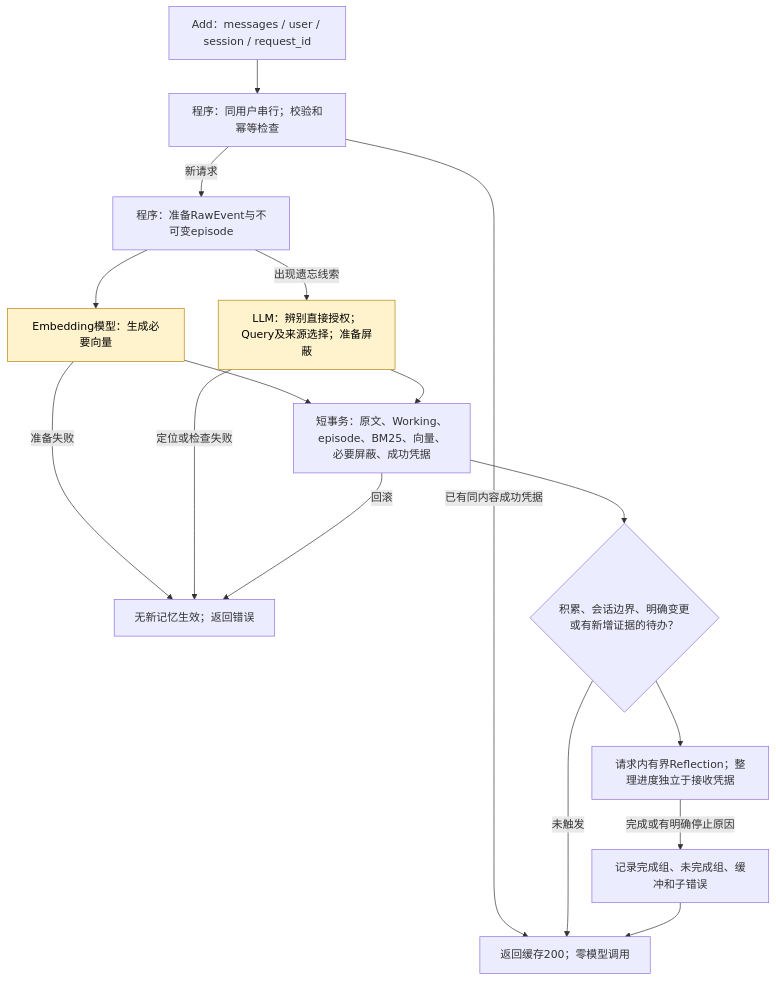
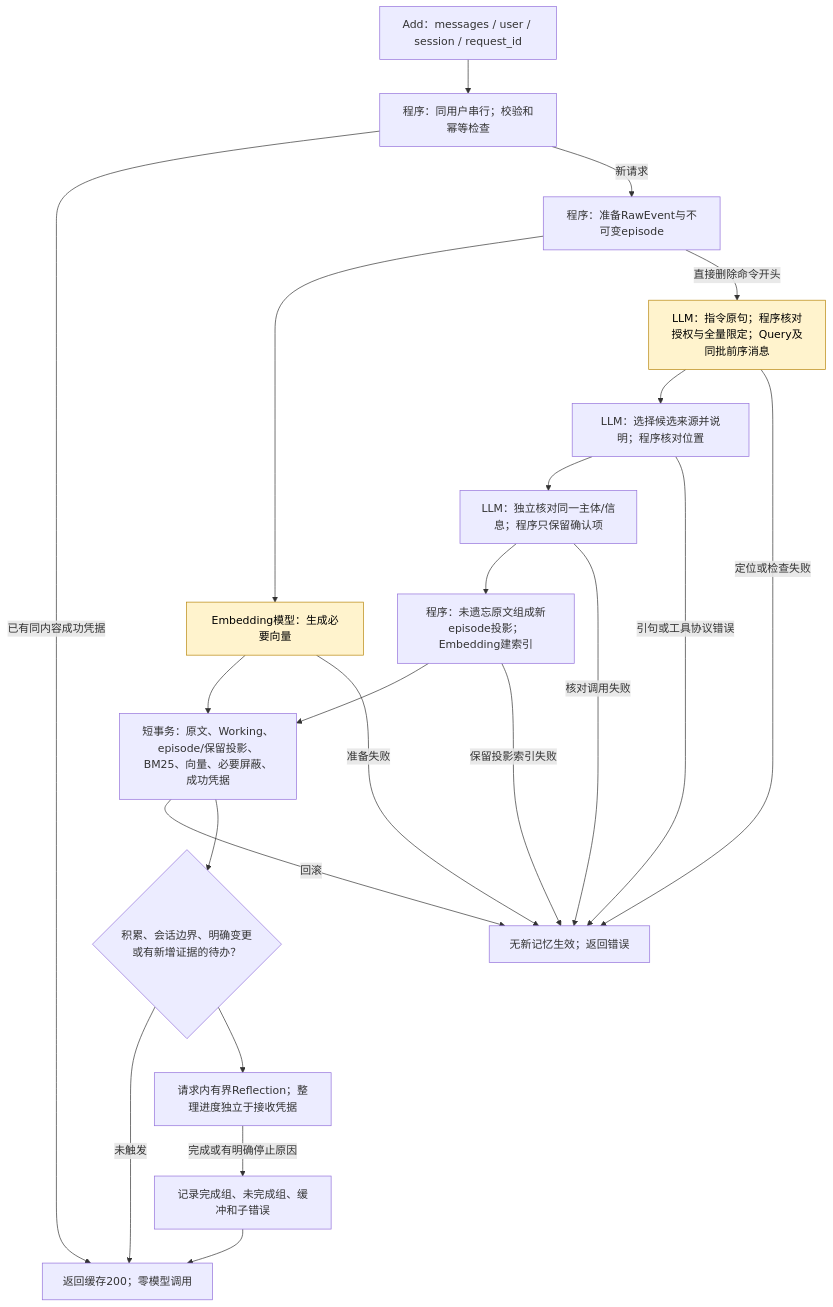
Before and after one commit to Graygoo7529/AM-Link: the first of 3 diagrams in DESIGN.md, drawn with Mermaid. The commit also changed other lines of this file and 53 other files, not shown here.

````diff
--- a/DESIGN.md
+++ b/DESIGN.md
@@ -17,20 +17,26 @@
 ```mermaid
 flowchart TD
  A[Add：messages / user / session / request_id] --> B[程序：同用户串行；校验和幂等检查]
  B -->|已有同内容成功凭据| Z[返回缓存200；零模型调用]
  B -->|新请求| C[程序：准备RawEvent与不可变episode]
  C --> D[Embedding模型：生成必要向量]
- C -->|出现遗忘线索| F[LLM：辨别直接授权；Query及来源选择；准备屏蔽]
- D --> T[短事务：原文、Working、episode、BM25、向量、必要屏蔽、成功凭据]
- F --> T
+ C -->|直接删除命令开头| F[LLM：指令原句；程序核对授权与全量限定；Query及同批前序消息]
+ F --> FQ[LLM：选择候选来源并说明；程序核对位置]
+ FQ --> FV[LLM：独立核对同一主体/信息；程序只保留确认项]
+ FV --> FP[程序：未遗忘原文组成新episode投影；Embedding建索引]
+ D --> T[短事务：原文、Working、episode/保留投影、BM25、向量、必要屏蔽、成功凭据]
+ FP --> T
  D -->|准备失败| E[无新记忆生效；返回错误]
  F -->|定位或检查失败| E
+ FQ -->|引句或工具协议错误| E
+ FV -->|核对调用失败| E
+ FP -->|保留投影索引失败| E
  T -->|回滚| E
  T --> G{积累、会话边界、明确变更或有新增证据的待办？}
  G -->|未触发| Z
  G --> R[请求内有界Reflection；整理进度独立于接收凭据]
  R -->|完成或有明确停止原因| O[记录完成组、未完成组、缓冲和子错误]
  O --> Z
  classDef model fill:#fff3cd,stroke:#b8860b,color:#000
  class D,F model
 ```
````
